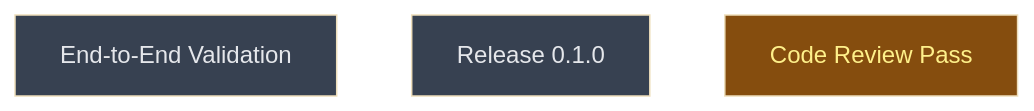
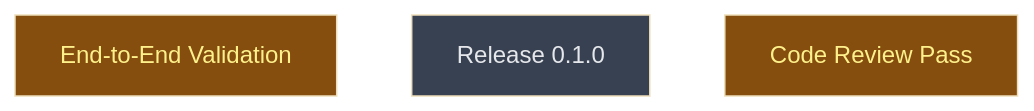
One commit to CrackingShells/colgrep-mcp changed the diagram in __roadmap__/colgrep_mcp/build/tools/integrate/verify/README.md. Above: the diagram before and after it, drawn with Mermaid (base theme). The commit also changed other lines of this file and 1 other file, not shown here.

Commit message:
docs(roadmap): start verify level

````diff
--- a/__roadmap__/colgrep_mcp/build/tools/integrate/verify/README.md
+++ b/__roadmap__/colgrep_mcp/build/tools/integrate/verify/README.md
@@ -17,11 +17,11 @@
 ```mermaid
 graph TD
-    e2e_validation[End-to-End Validation]:::planned
+    e2e_validation[End-to-End Validation]:::inprogress
     release_0_1_0[Release 0.1.0]:::planned
     code_review[Code Review Pass]:::inprogress
     classDef done       fill:#166534,color:#bbf7d0
     classDef inprogress fill:#854d0e,color:#fef08a
     classDef planned    fill:#374151,color:#e5e7eb
     classDef amendment  fill:#1e3a5f,color:#bfdbfe
     classDef blocked    fill:#7f1d1d,color:#fecaca
 ```
````
